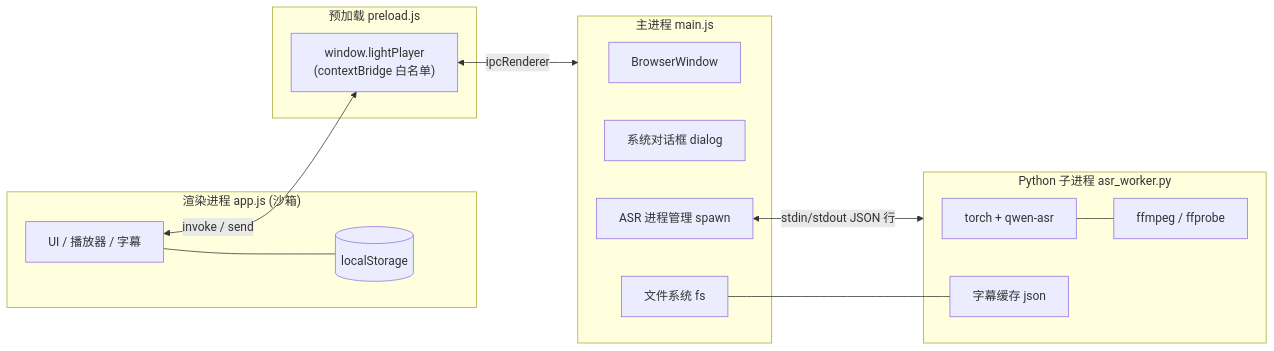
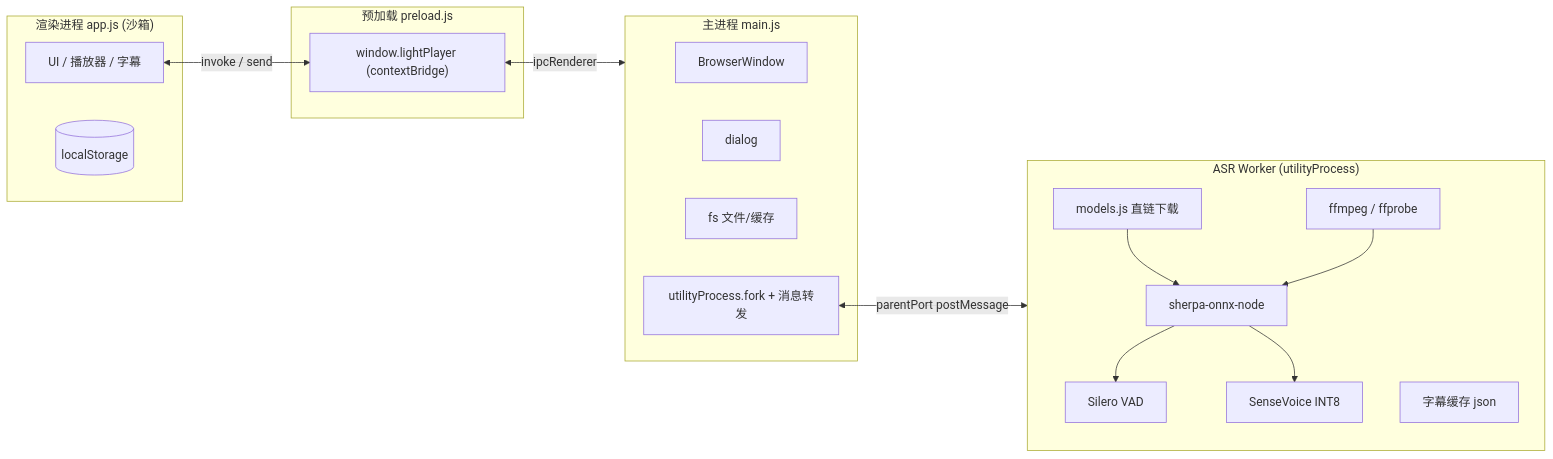
One commit to Spicyfish95/LightPlayer changed the first of 2 diagrams in CodeWiki.md. Above: the diagram before and after it, drawn with Mermaid. The commit also changed other lines of this file and 6 other files, not shown here.

````diff
--- a/CodeWiki.md
+++ b/CodeWiki.md
@@ -116,31 +113,35 @@
 ```mermaid
 flowchart LR
   subgraph Renderer["渲染进程 app.js (沙箱)"]
     UI[UI / 播放器 / 字幕]
     LS[(localStorage)]
   end
 
   subgraph Preload["预加载 preload.js"]
-    BR["window.lightPlayer<br/>(contextBridge 白名单)"]
+    BR["window.lightPlayer (contextBridge)"]
   end
 
   subgraph Main["主进程 main.js"]
     WIN[BrowserWindow]
-    DLG[系统对话框 dialog]
-    FS[文件系统 fs]
-    PROC[ASR 进程管理 spawn]
+    DLG[dialog]
+    FS[fs 文件/缓存]
+    PROC["utilityProcess.fork + 消息转发"]
   end
 
-  subgraph Worker["Python 子进程 asr_worker.py"]
-    TORCH[torch + qwen-asr]
+  subgraph Worker["ASR Worker (utilityProcess)"]
+    DL["models.js 直链下载"]
+    SHERPA["sherpa-onnx-node"]
+    VAD[Silero VAD]
+    ASR[SenseVoice INT8]
     FFMPEG[ffmpeg / ffprobe]
     CACHE[字幕缓存 json]
   end
 
   UI <-->|invoke / send| BR
   BR <-->|ipcRenderer| Main
-  PROC <-->|stdin/stdout JSON 行| Worker
-  UI --- LS
-  FS --- CACHE
-  TORCH --- FFMPEG
+  PROC <-->|parentPort postMessage| Worker
+  DL --> SHERPA
+  SHERPA --> VAD
+  SHERPA --> ASR
+  FFMPEG --> SHERPA
 ```
````
